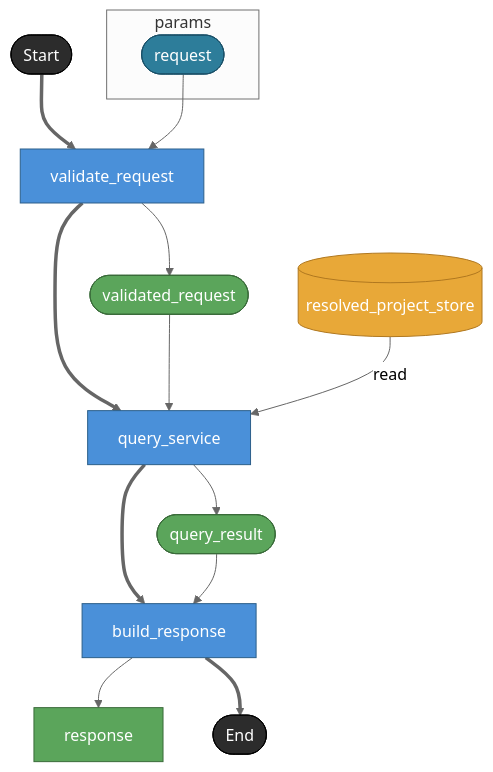
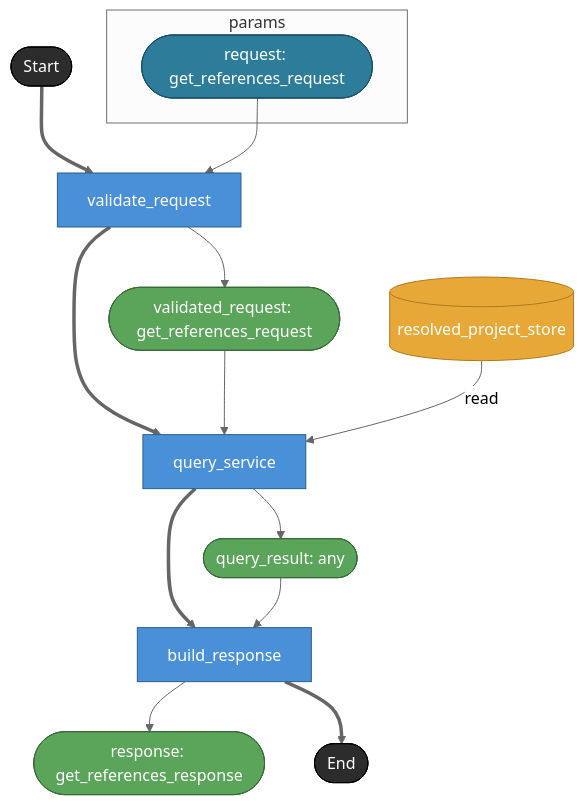
Before and after one commit to hiroshiasayadev-prog/brewprint: the diagram in docs/uc/002-brewprint-self-hosting/renders/mcp/dag-get_references.md, drawn with Mermaid (neutral theme). The commit also changed 47 other files, not shown here.

````diff
--- a/docs/uc/002-brewprint-self-hosting/renders/mcp/dag-get_references.md
+++ b/docs/uc/002-brewprint-self-hosting/renders/mcp/dag-get_references.md
@@ -8,31 +8,31 @@
 ```mermaid
 flowchart TD
   subgraph params
-    request([request])
+    request([request: get_references_request])
   end
 
   _start([Start]) ==> validate_request[validate_request]
   request --> validate_request
-  validate_request --> validated_request([validated_request])
+  validate_request --> validated_request([validated_request: get_references_request])
 
   validate_request ==> query_service[query_service]
   validated_request --> query_service
   resolved_project_store[(resolved_project_store)] -- "read" --> query_service
-  query_service --> query_result([query_result])
+  query_service --> query_result([query_result: any])
 
   query_service ==> build_response[build_response]
   query_result --> build_response
-  build_response --> response
+  build_response --> response([response: get_references_response])
   build_response ==> _end([End])
 
   classDef taskNode     fill:#4A90D9,stroke:#2C5F8A,color:#fff
   classDef assetNode    fill:#5BA55B,stroke:#3A6B3A,color:#fff
   classDef storeNode    fill:#E8A838,stroke:#B07820,color:#fff
   classDef terminalNode fill:#2C2C2C,stroke:#000,color:#fff
   classDef boundaryNode fill:#2D7D9A,stroke:#1A5068,color:#fff
   class validate_request,query_service,build_response taskNode
   class validated_request,query_result,response assetNode
   class resolved_project_store storeNode
   class _start,_end terminalNode
   class request boundaryNode
 ```
````
